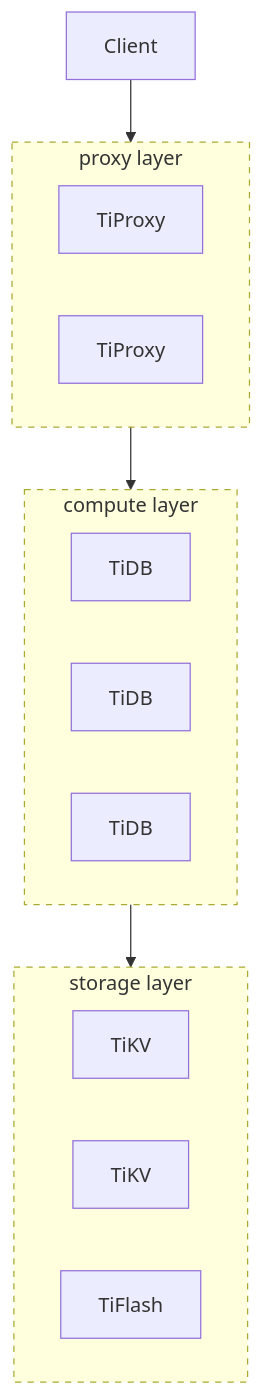
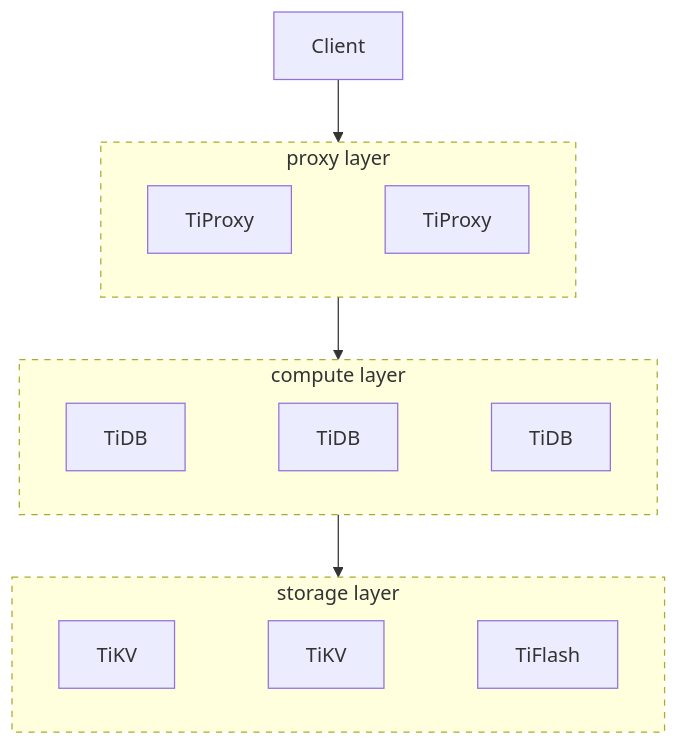
The first of 2 diagrams in tiproxy/tiproxy-overview.md (pingcap/docs), drawn with Mermaid before and after one commit.

````diff
--- a/tiproxy/tiproxy-overview.md
+++ b/tiproxy/tiproxy-overview.md
@@ -14,31 +14,26 @@
 ```mermaid
 graph TD
     Client[Client]
 
     Client --> ProxyLayer
 
     subgraph ProxyLayer["proxy layer"]
-        TiProxy1[TiProxy]
-        TiProxy2[TiProxy]
+        TiProxy1[TiProxy] ~~~ TiProxy2[TiProxy]
     end
 
     ProxyLayer --> ComputeLayer
 
     subgraph ComputeLayer["compute layer"]
-        TiDB1[TiDB]
-        TiDB2[TiDB]
-        TiDB3[TiDB]
+        TiDB1[TiDB] ~~~ TiDB2[TiDB] ~~~ TiDB3[TiDB]
     end
 
     ComputeLayer --> StorageLayer
 
     subgraph StorageLayer["storage layer"]
-        TiKV1[TiKV]
-        TiKV2[TiKV]
-        TiFlash[TiFlash]
+        TiKV1[TiKV] ~~~ TiKV2[TiKV] ~~~ TiFlash[TiFlash]
     end
 
     style ProxyLayer stroke-dasharray: 5 5
     style ComputeLayer stroke-dasharray: 5 5
     style StorageLayer stroke-dasharray: 5 5
 ```
````
